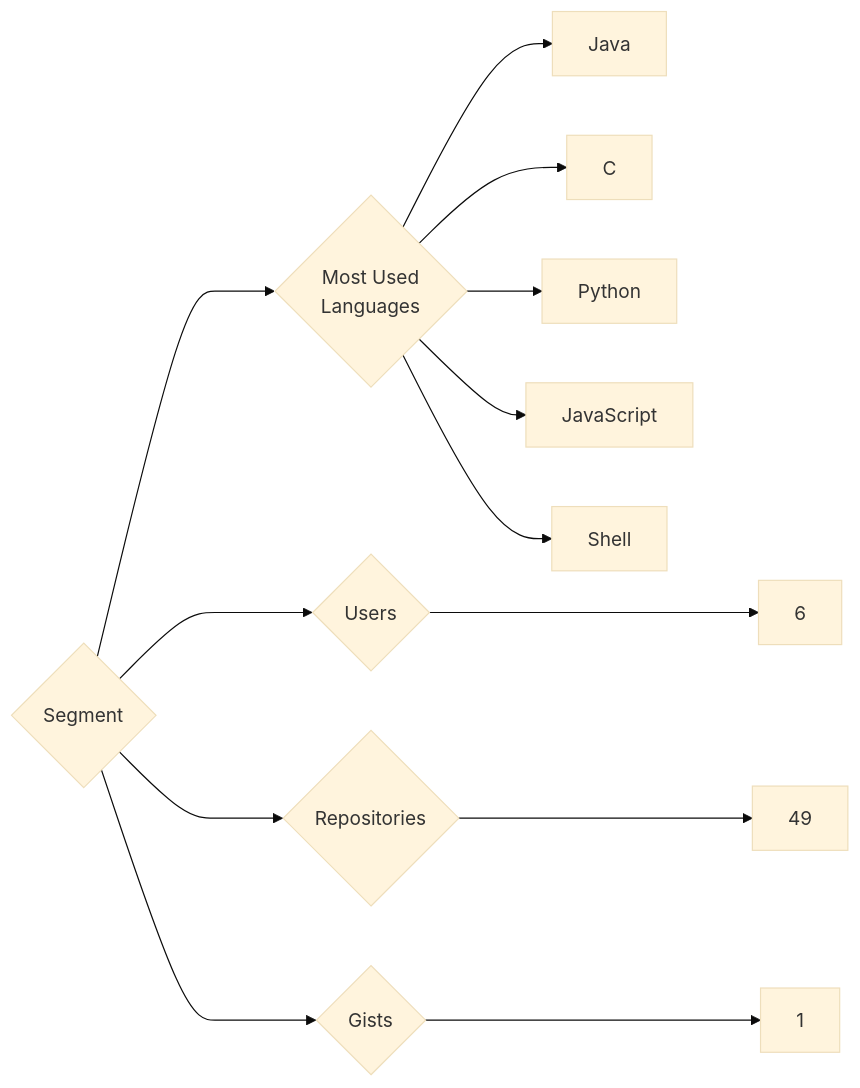
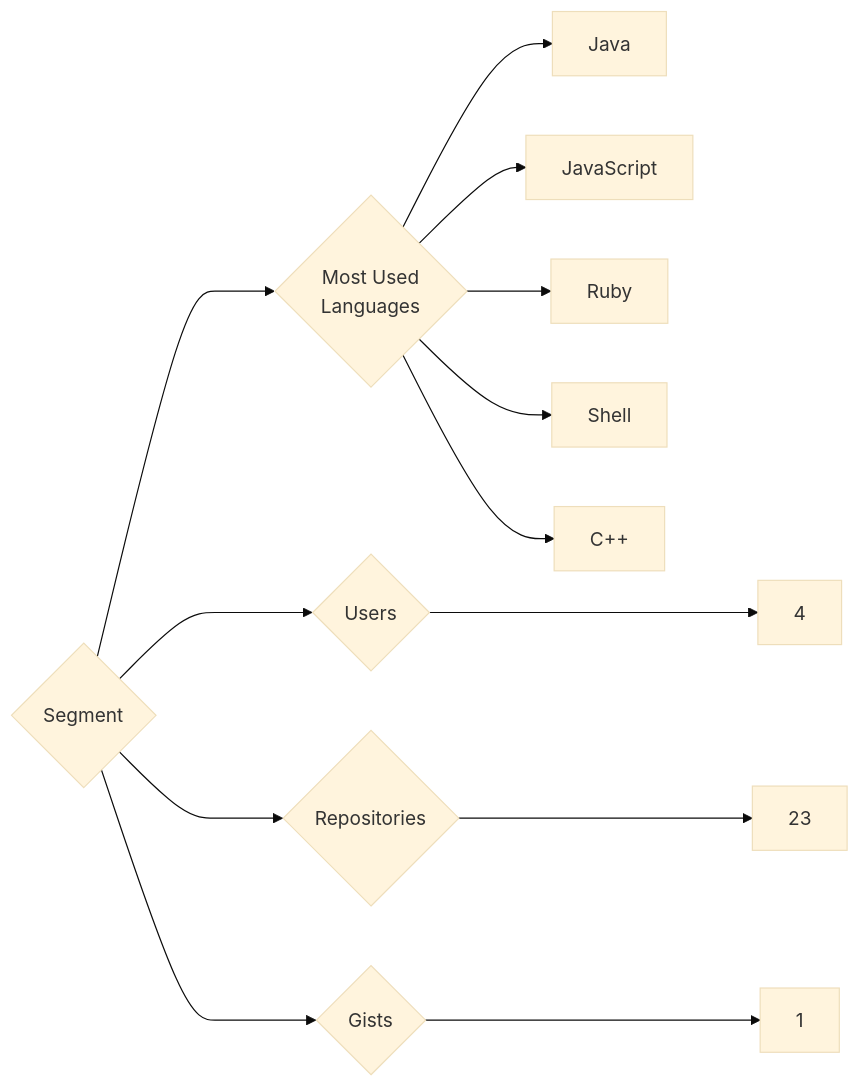
One commit to trickest/insiders changed the diagram in targets/Segment/README.md. Above: the diagram before and after it, drawn with Mermaid (base theme). The commit also changed 1496 other files, not shown here.

````diff
--- a/targets/Segment/README.md
+++ b/targets/Segment/README.md
@@ -3,13 +3,13 @@
 ```mermaid
 graph LR
 COMPANY_NAME{Segment}
-COMPANY_NAME ---> U{Users} ---> UN[6]
-COMPANY_NAME ---> R{Repositories} ---> RN[49]
+COMPANY_NAME ---> U{Users} ---> UN[4]
+COMPANY_NAME ---> R{Repositories} ---> RN[23]
 COMPANY_NAME ---> G{Gists} ---> GN[1]
 COMPANY_NAME ---> ML{Most Used<br>Languages}
 ML --> Java[Java]
-ML --> C[C]
-ML --> Python[Python]
 ML --> JavaScript[JavaScript]
+ML --> Ruby[Ruby]
 ML --> Shell[Shell]
+ML --> C++[C++]
 ```
````
